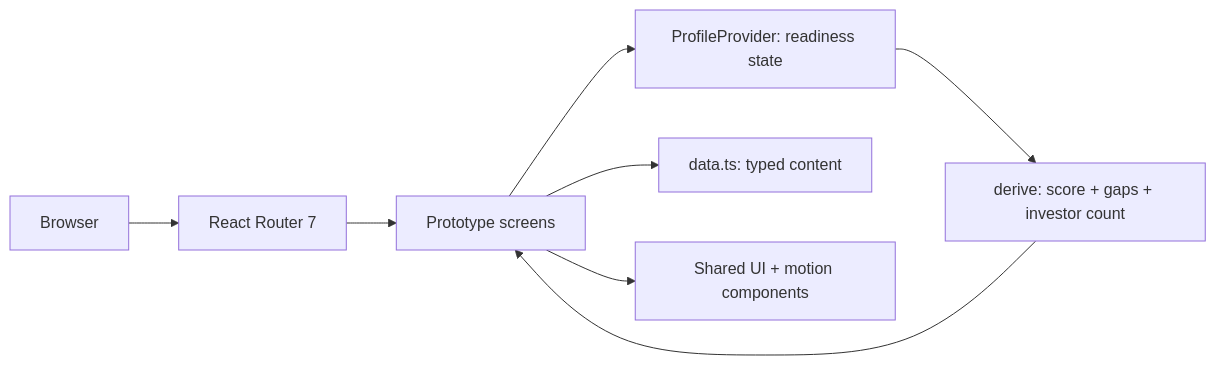
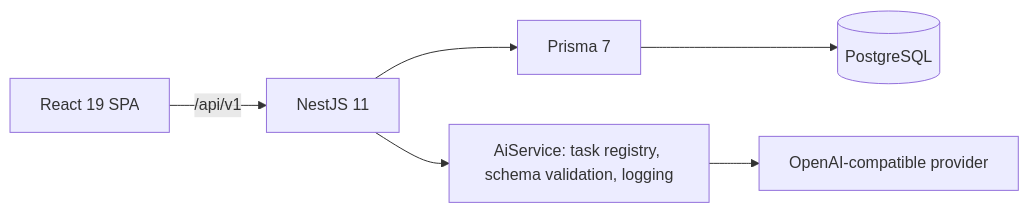
One commit to kursat-dev/case-study-yon changed the diagram in README.md. Above: the diagram before and after it, drawn with Mermaid. The commit also changed other lines of this file and 1 other file, not shown here.

````diff
--- a/README.md
+++ b/README.md
@@ -80,10 +51,7 @@
 ```mermaid
 flowchart LR
-    Browser --> Router[React Router 7]
-    Router --> Screens[Prototype screens]
-    Screens --> Profile[ProfileProvider: readiness state]
-    Screens --> Data[data.ts: typed content]
-    Profile --> Derive[derive: score + gaps + investor count]
-    Derive --> Screens
-    Screens --> UI[Shared UI + motion components]
+    Browser[React 19 SPA] -->|/api/v1| API[NestJS 11]
+    API --> ORM[Prisma 7] --> DB[(PostgreSQL)]
+    API --> AI[AiService: task registry, schema validation, logging]
+    AI --> Provider[OpenAI-compatible provider]
 ```
````
